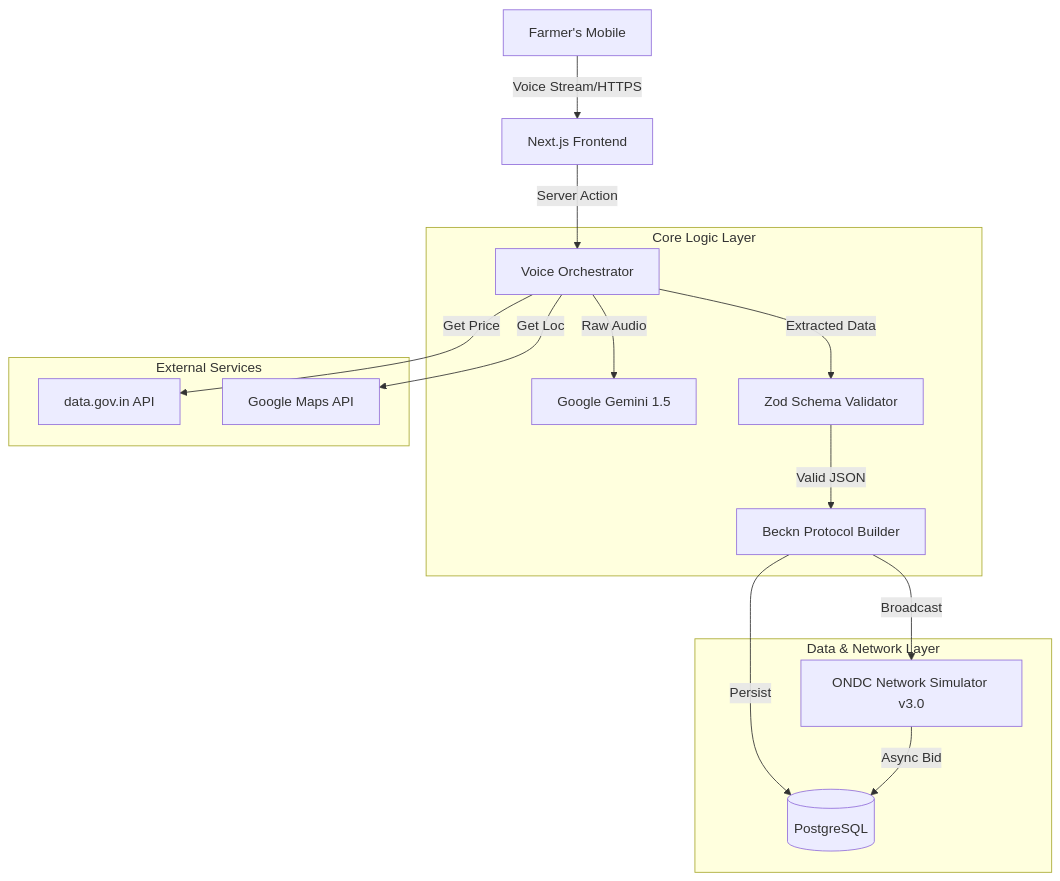
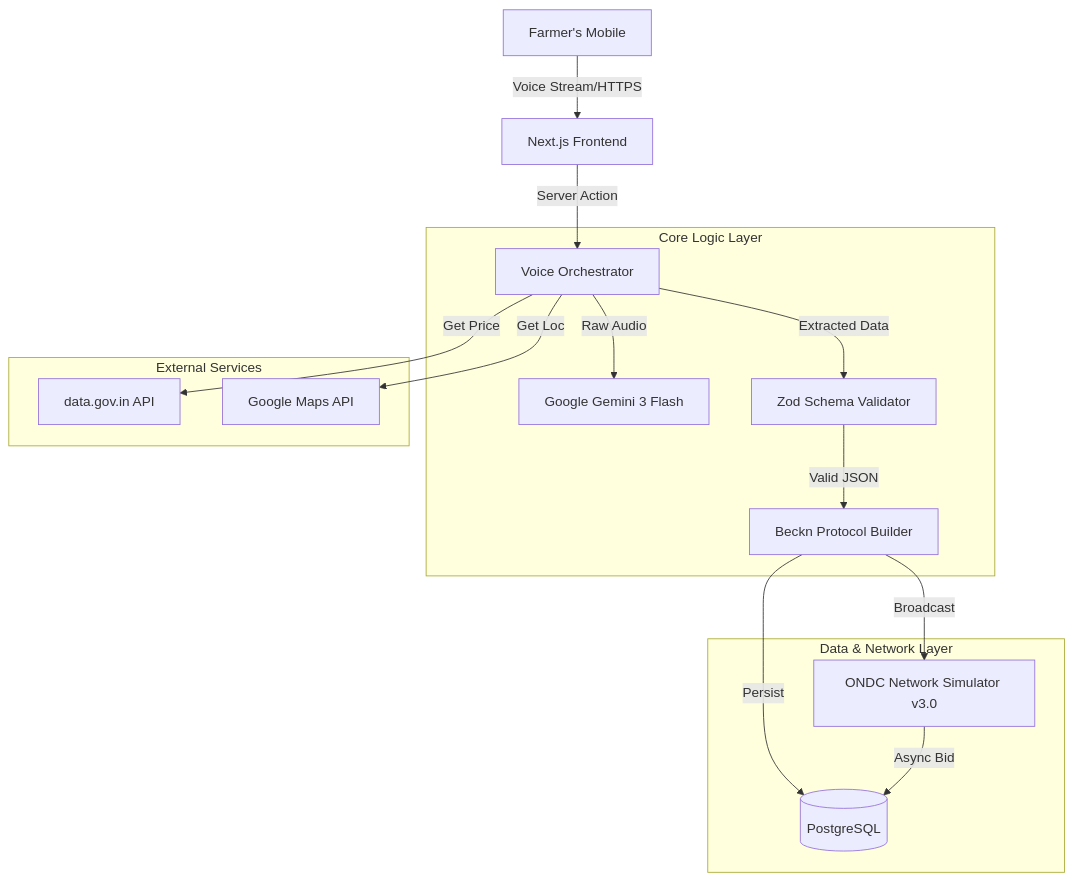
One commit to divyamohan1993/setu-voice-ondc-gateway changed the diagram in docs/TECHNICAL_DEEP_DIVE.md. Above: the diagram before and after it, drawn with Mermaid. The commit also changed 7 other files, not shown here.

````diff
--- a/docs/TECHNICAL_DEEP_DIVE.md
+++ b/docs/TECHNICAL_DEEP_DIVE.md
@@ -14,22 +14,22 @@
 ```mermaid
 graph TD
     User[Farmer's Mobile] -->|Voice Stream/HTTPS| NextFE[Next.js Frontend]
     NextFE -->|Server Action| VoiceOrchestrator[Voice Orchestrator]
     
     subgraph "Core Logic Layer"
-        VoiceOrchestrator -->|Raw Audio| GoogleAI[Google Gemini 1.5]
+        VoiceOrchestrator -->|Raw Audio| GoogleAI[Google Gemini 3 Flash]
         VoiceOrchestrator -->|Extracted Data| Validator[Zod Schema Validator]
         Validator -->|Valid JSON| BecknBuilder[Beckn Protocol Builder]
     end
     
     subgraph "Data & Network Layer"
         BecknBuilder -->|Persist| DB[(PostgreSQL)]
         BecknBuilder -->|Broadcast| ONDC_Sim[ONDC Network Simulator v3.0]
         ONDC_Sim -->|Async Bid| DB
     end
     
     subgraph "External Services"
         VoiceOrchestrator -->|Get Price| DataGov[data.gov.in API]
         VoiceOrchestrator -->|Get Loc| GMaps[Google Maps API]
     end
 ```
````
